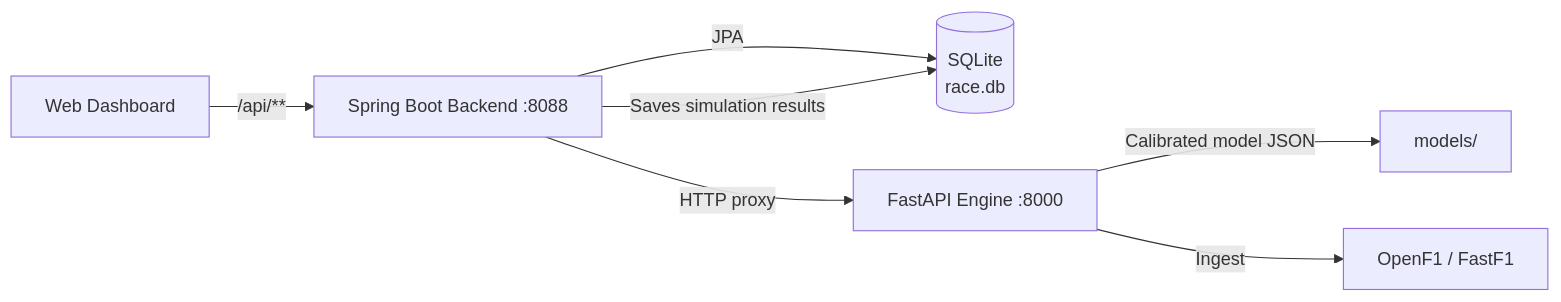
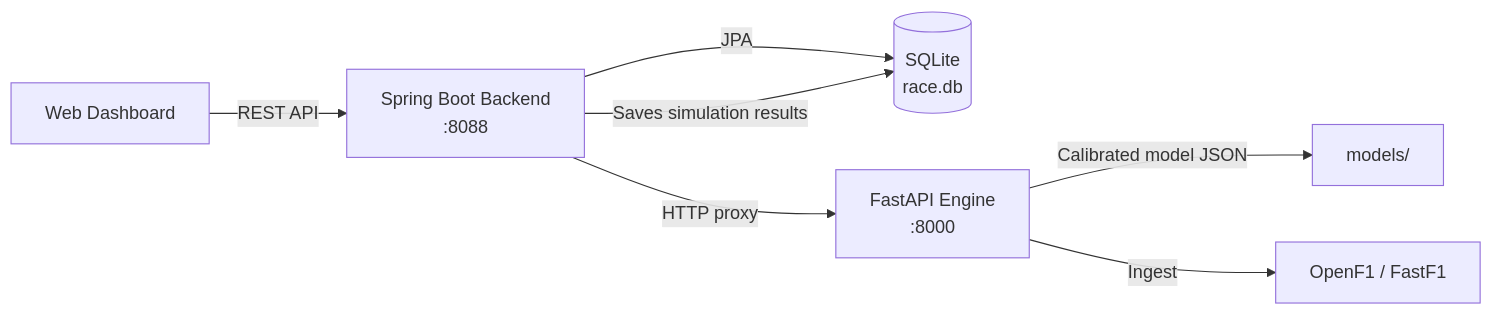
Before and after one commit to ArianShayestehfard/F1-Race-Strategy-Decision-System: the diagram in README.md, drawn with Mermaid. The commit also changed other lines of this file, not shown here.

````diff
--- a/README.md
+++ b/README.md
@@ -203,9 +203,9 @@
 ```mermaid
 flowchart LR
-    UI["Web Dashboard"] -->|"/api/**"| BE["Spring Boot Backend :8088"]
-    BE -->|"JPA"| DB[("SQLite\nrace.db")]
-    BE -->|"HTTP proxy"| PY["FastAPI Engine :8000"]
+    UI["Web Dashboard"] -->|"REST API"| BE["Spring Boot Backend<br/>:8088"]
+    BE -->|"JPA"| DB[("SQLite<br/>race.db")]
+    BE -->|"HTTP proxy"| PY["FastAPI Engine<br/>:8000"]
     PY -->|"Calibrated model JSON"| M["models/"]
     PY -->|"Ingest"| SRC["OpenF1 / FastF1"]
     BE -->|"Saves simulation results"| DB
 ```
````
